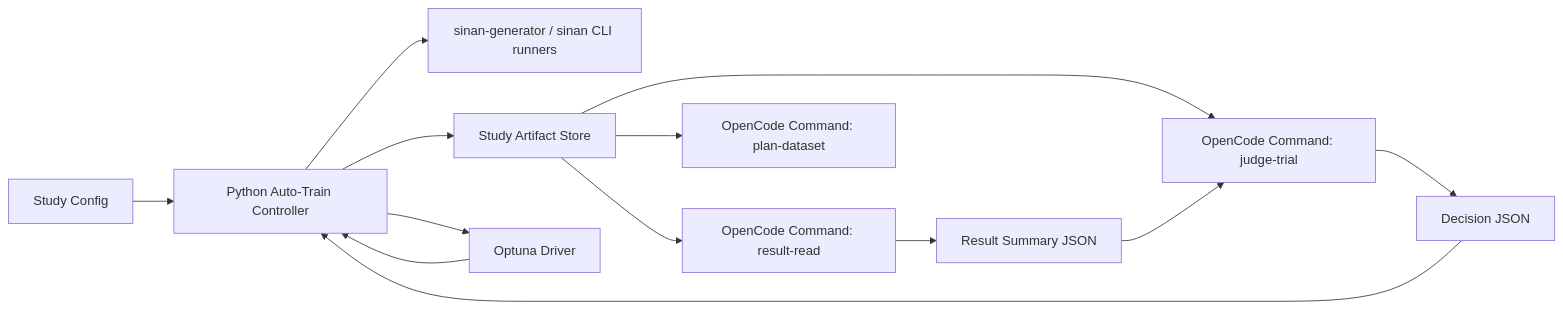
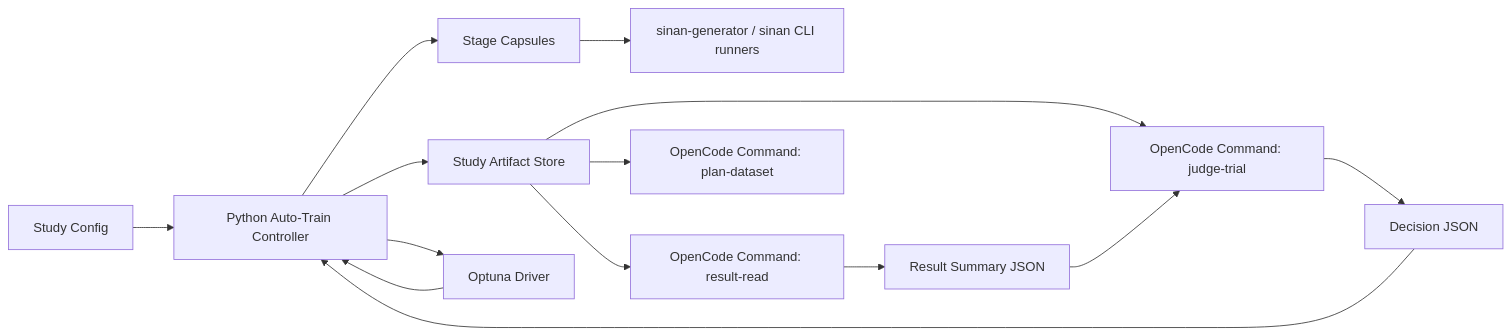
One commit to uroborus2s/sinan-captcha changed the diagram in docs/04-project-development/04-design/autonomous-training-and-opencode-design.md. Above: the diagram before and after it, drawn with Mermaid. The commit also changed other lines of this file and 358 other files, not shown here.

````diff
--- a/docs/04-project-development/04-design/autonomous-training-and-opencode-design.md
+++ b/docs/04-project-development/04-design/autonomous-training-and-opencode-design.md
@@ -60,15 +60,16 @@
 ```mermaid
 flowchart LR
     A["Study Config"] --> B["Python Auto-Train Controller"]
-    B --> C["sinan-generator / sinan CLI runners"]
-    B --> D["Study Artifact Store"]
-    D --> E["OpenCode Command: result-read"]
-    D --> F["OpenCode Command: judge-trial"]
-    D --> G["OpenCode Command: plan-dataset"]
-    E --> H["Result Summary JSON"]
-    H --> F
-    F --> I["Decision JSON"]
-    I --> B
-    B --> J["Optuna Driver"]
+    B --> C["Stage Capsules"]
+    C --> D["sinan-generator / sinan CLI runners"]
+    B --> E["Study Artifact Store"]
+    E --> F["OpenCode Command: result-read"]
+    E --> G["OpenCode Command: judge-trial"]
+    E --> H["OpenCode Command: plan-dataset"]
+    F --> I["Result Summary JSON"]
+    I --> G
+    G --> J["Decision JSON"]
     J --> B
+    B --> K["Optuna Driver"]
+    K --> B
 ```
````
